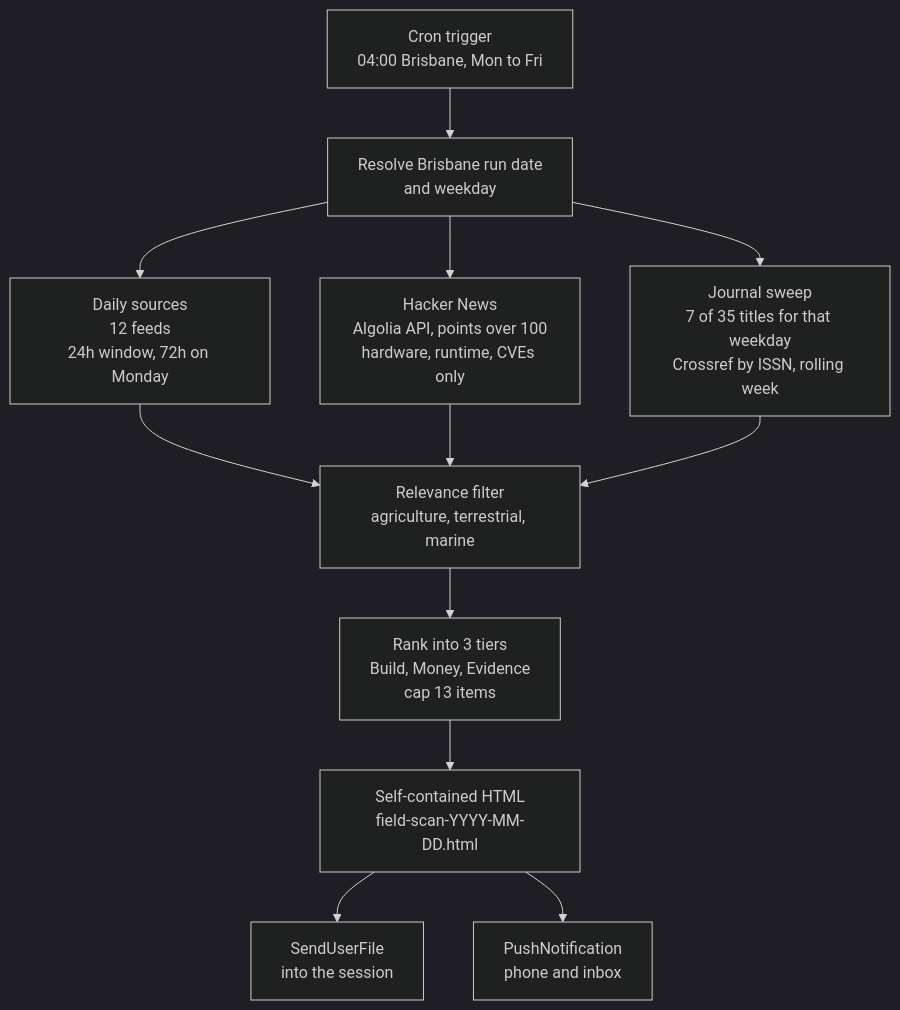
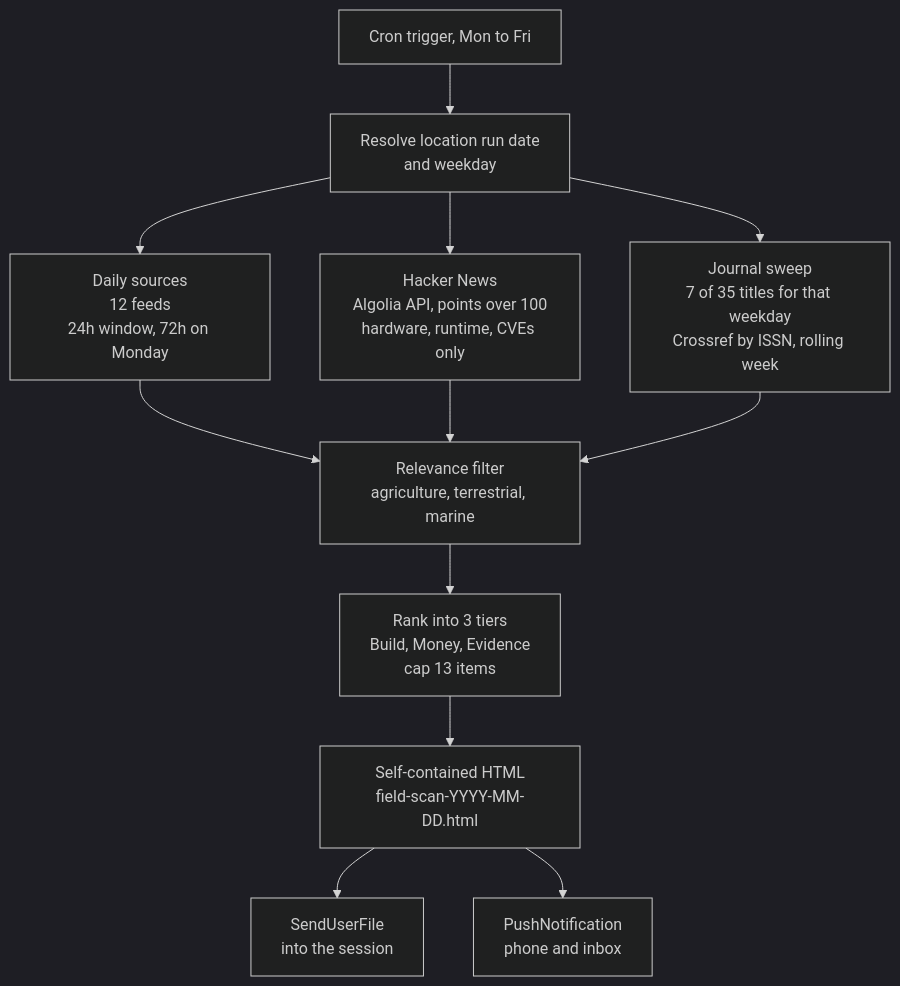
The diagram in README.md (slopezmarcano/daily-news-briefing), drawn with Mermaid (dark theme) before and after one commit.

Commit message:
Update cron trigger description in README

````diff
--- a/README.md
+++ b/README.md
@@ -14,18 +14,18 @@
 ```mermaid
 flowchart TD
-    A["Cron trigger<br/>04:00 Brisbane, Mon to Fri"] --> B["Resolve Brisbane run date<br/>and weekday"]
+    A["Cron trigger, Mon to Fri"] --> B["Resolve location run date<br/>and weekday"]
 
     B --> C["Daily sources<br/>12 feeds<br/>24h window, 72h on Monday"]
     B --> D["Hacker News<br/>Algolia API, points over 100<br/>hardware, runtime, CVEs only"]
     B --> E["Journal sweep<br/>7 of 35 titles for that weekday<br/>Crossref by ISSN, rolling week"]
 
     C --> F["Relevance filter<br/>agriculture, terrestrial, marine"]
     D --> F
     E --> F
 
     F --> G["Rank into 3 tiers<br/>Build, Money, Evidence<br/>cap 13 items"]
     G --> H["Self-contained HTML<br/>field-scan-YYYY-MM-DD.html"]
 
     H --> I["SendUserFile<br/>into the session"]
     H --> J["PushNotification<br/>phone and inbox"]
 ```
````
